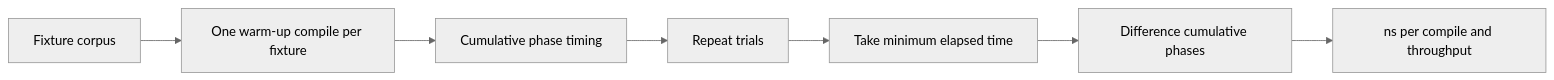
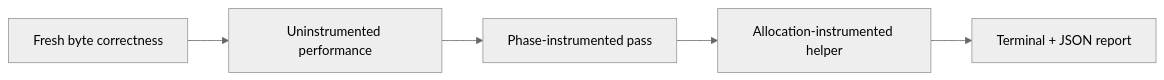
The diagram in docs/src/tooling/profiling.md (VitorNathanG/njavac), drawn with Mermaid (neutral theme) before and after one commit. The commit also changed other lines of this file and 27 other files, not shown here.

````diff
--- a/docs/src/tooling/profiling.md
+++ b/docs/src/tooling/profiling.md
@@ -44,9 +11,7 @@
 ```mermaid
 flowchart LR
-    Corpus[Fixture corpus] --> Warm[One warm-up compile per fixture]
-    Warm --> Prefix[Cumulative phase timing]
-    Prefix --> Trials[Repeat trials]
-    Trials --> Minimum[Take minimum elapsed time]
-    Minimum --> Difference[Difference cumulative phases]
-    Difference --> Report[ns per compile and throughput]
+    Correct[Fresh byte correctness] --> Performance[Uninstrumented performance]
+    Performance --> Phase[Phase-instrumented pass]
+    Phase --> Alloc[Allocation-instrumented helper]
+    Alloc --> Report[Terminal + JSON report]
 ```
````
